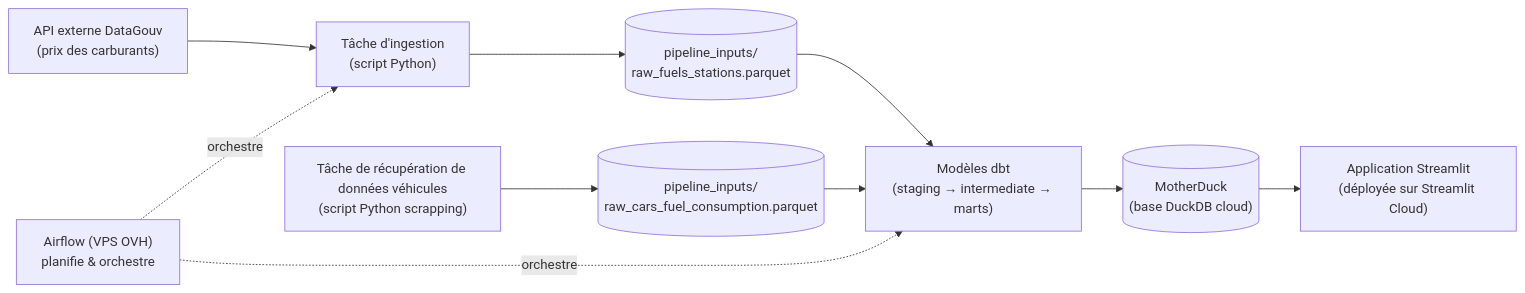
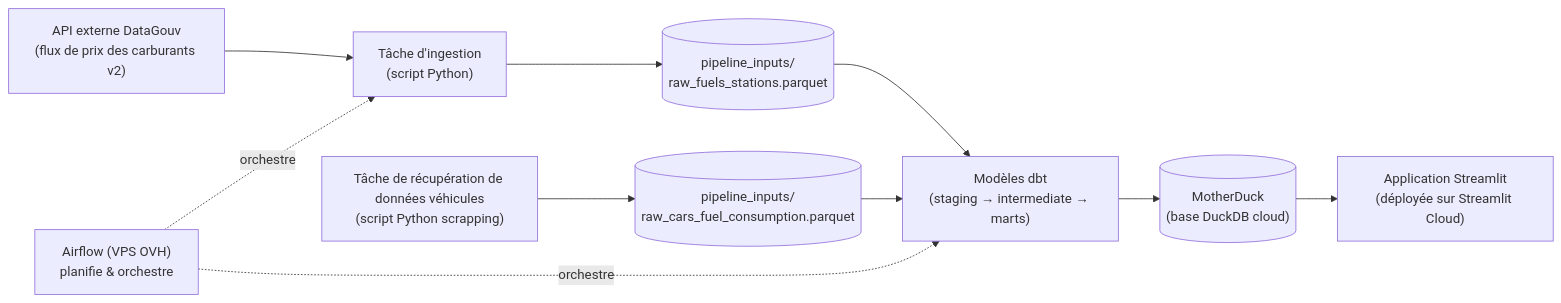
One commit to Zering-Max/fuels-platform changed the diagram in README.md. Above: the diagram before and after it, drawn with Mermaid.

````diff
--- a/README.md
+++ b/README.md
@@ -13,13 +13,13 @@
 ```mermaid
 flowchart LR
     ING_2["Tâche de récupération de données véhicules<br/>(script Python scrapping)"] --> PARQ_2[("pipeline_inputs/<br/>raw_cars_fuel_consumption.parquet")]
-    API["API externe DataGouv<br/>(prix des carburants)"] --> ING["Tâche d'ingestion<br/>(script Python)"]
+    API["API externe DataGouv<br/>(flux de prix des carburants v2)"] --> ING["Tâche d'ingestion<br/>(script Python)"]
     ING --> PARQ[("pipeline_inputs/<br/>raw_fuels_stations.parquet")]
     PARQ --> DBT["Modèles dbt<br/>(staging → intermediate → marts)"]
     PARQ_2 --> DBT["Modèles dbt<br/>(staging → intermediate → marts)"]
     DBT --> MD[("MotherDuck<br/>(base DuckDB cloud)")]
     MD --> ST["Application Streamlit<br/>(déployée sur Streamlit Cloud)"]
     AF["Airflow (VPS OVH)<br/>planifie & orchestre"] -. orchestre .-> ING
     AF -. orchestre .-> DBT
 
 ```
````
